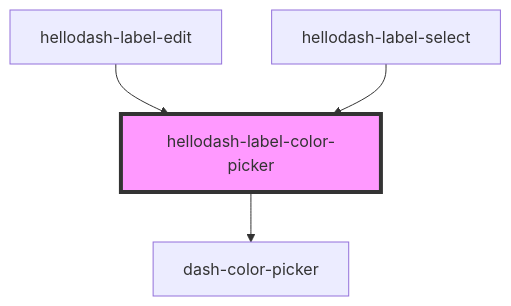
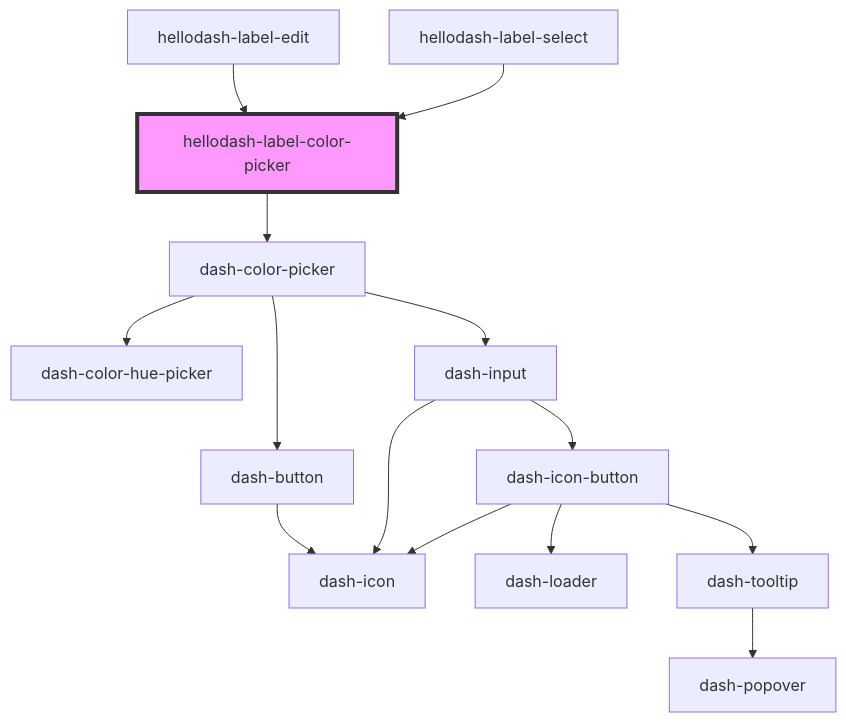
The diagram in packages/hellodash-components/src/components/hellodash-label-color-picker/readme.md (jmanke/dash), drawn with Mermaid before and after one commit. The commit also changed 13 other files, not shown here.

````diff
--- a/packages/hellodash-components/src/components/hellodash-label-color-picker/readme.md
+++ b/packages/hellodash-components/src/components/hellodash-label-color-picker/readme.md
@@ -34,7 +34,17 @@
 ```mermaid
 graph TD;
   hellodash-label-color-picker --> dash-color-picker
+  dash-color-picker --> dash-color-hue-picker
+  dash-color-picker --> dash-button
+  dash-color-picker --> dash-input
+  dash-button --> dash-icon
+  dash-input --> dash-icon
+  dash-input --> dash-icon-button
+  dash-icon-button --> dash-icon
+  dash-icon-button --> dash-loader
+  dash-icon-button --> dash-tooltip
+  dash-tooltip --> dash-popover
   hellodash-label-edit --> hellodash-label-color-picker
   hellodash-label-select --> hellodash-label-color-picker
   style hellodash-label-color-picker fill:#f9f,stroke:#333,stroke-width:4px
 ```
````
